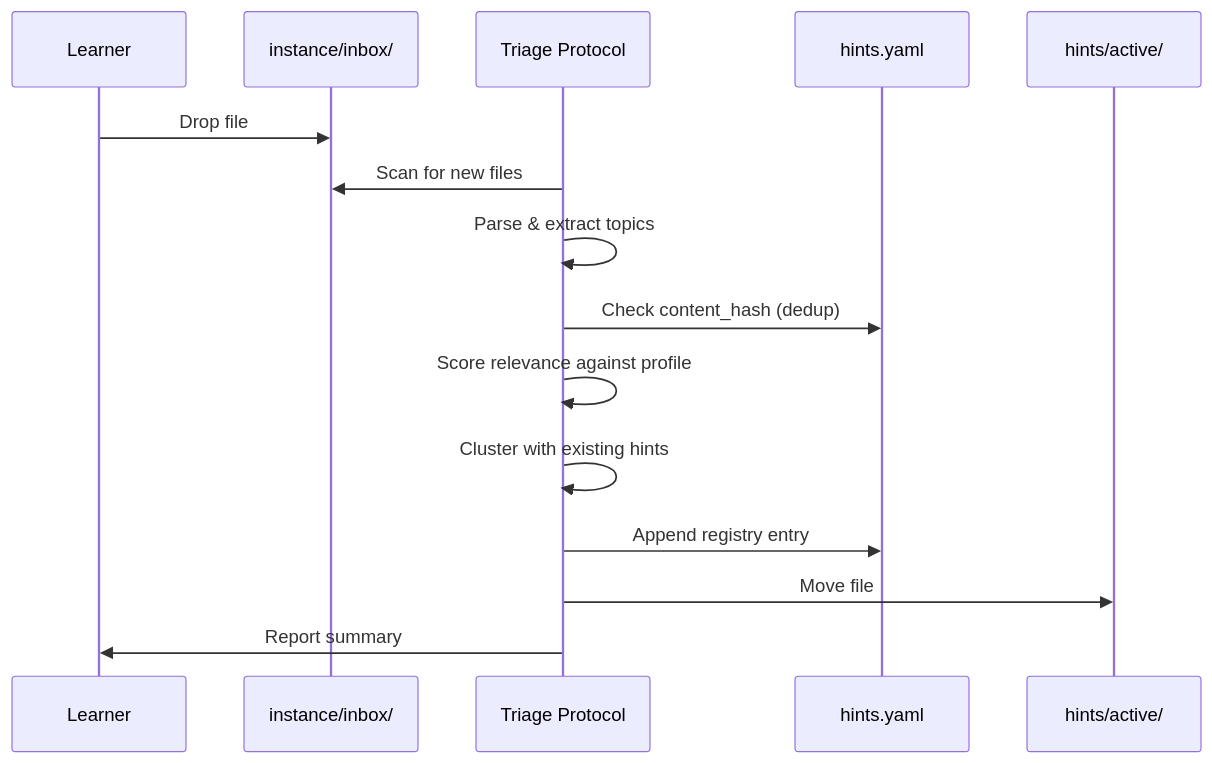
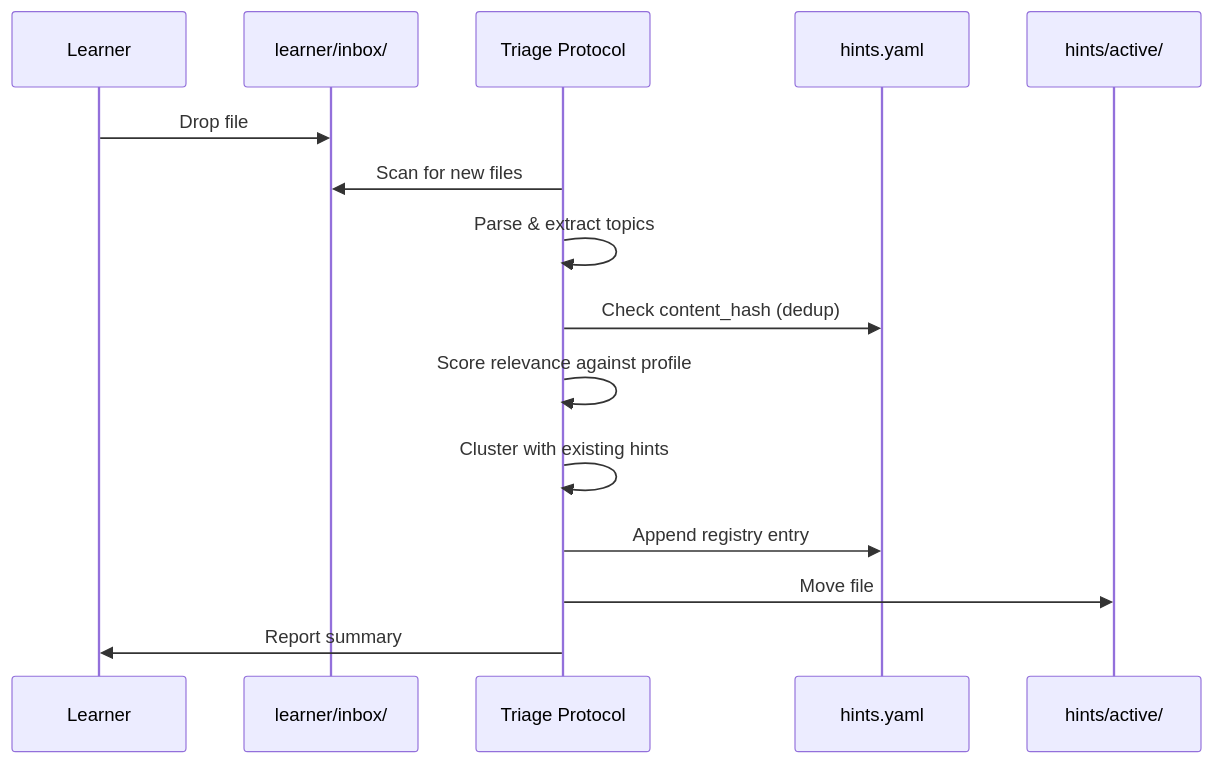
Before and after one commit to altakleos/sensei: the first of 2 diagrams in docs/design/hints-ingestion.md, drawn with Mermaid. The commit also changed other lines of this file and 57 other files, not shown here.

First line of the commit message:
refactor: rename instance/ to learner/ across codebase

````diff
--- a/docs/design/hints-ingestion.md
+++ b/docs/design/hints-ingestion.md
@@ -75,18 +75,18 @@
 ```mermaid
 sequenceDiagram
     participant L as Learner
-    participant I as instance/inbox/
+    participant I as learner/inbox/
     participant T as Triage Protocol
     participant R as hints.yaml
     participant A as hints/active/
 
     L->>I: Drop file
     T->>I: Scan for new files
     T->>T: Parse & extract topics
     T->>R: Check content_hash (dedup)
     T->>T: Score relevance against profile
     T->>T: Cluster with existing hints
     T->>R: Append registry entry
     T->>A: Move file
     T->>L: Report summary
 ```
````
